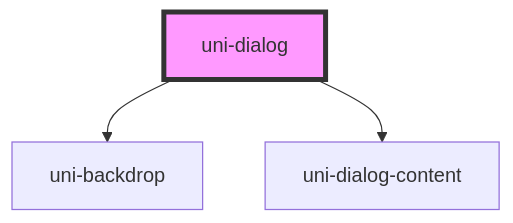
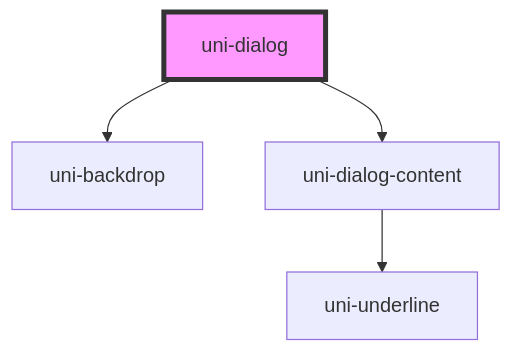
Before and after one commit to unicefnz/unicorn: the diagram in core/src/components/uni-dialog/readme.md, drawn with Mermaid. The commit also changed 7 other files, not shown here.

````diff
--- a/core/src/components/uni-dialog/readme.md
+++ b/core/src/components/uni-dialog/readme.md
@@ -57,6 +57,7 @@
 ```mermaid
 graph TD;
   uni-dialog --> uni-backdrop
   uni-dialog --> uni-dialog-content
+  uni-dialog-content --> uni-underline
   style uni-dialog fill:#f9f,stroke:#333,stroke-width:4px
 ```
````
